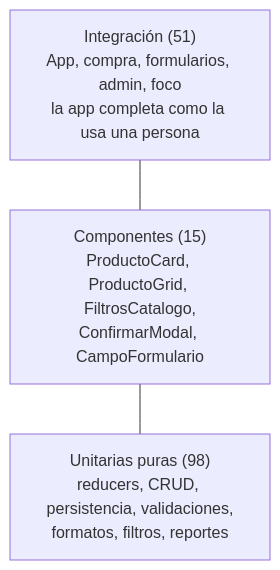
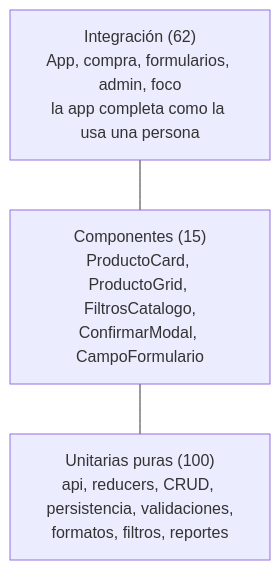
The fifth of 6 diagrams in DOCUMENTACION.md (CristobalStenger/nexus_frontend), drawn with Mermaid before and after one commit. The commit also changed other lines of this file and 3 other files, not shown here.

````diff
--- a/DOCUMENTACION.md
+++ b/DOCUMENTACION.md
@@ -955,7 +984,7 @@
 ```mermaid
 flowchart TB
-  I["Integración (51)<br/>App, compra, formularios, admin, foco<br/>la app completa como la usa una persona"]
+  I["Integración (62)<br/>App, compra, formularios, admin, foco<br/>la app completa como la usa una persona"]
   C["Componentes (15)<br/>ProductoCard, ProductoGrid, FiltrosCatalogo,<br/>ConfirmarModal, CampoFormulario"]
-  U["Unitarias puras (98)<br/>reducers, CRUD, persistencia, validaciones,<br/>formatos, filtros, reportes"]
+  U["Unitarias puras (100)<br/>api, reducers, CRUD, persistencia, validaciones,<br/>formatos, filtros, reportes"]
   I --- C --- U
 ```
````
